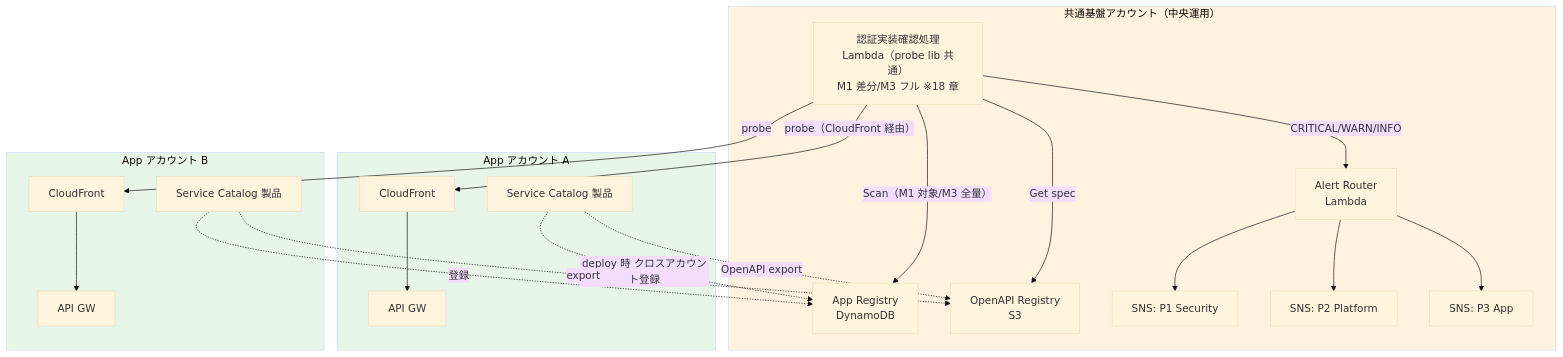
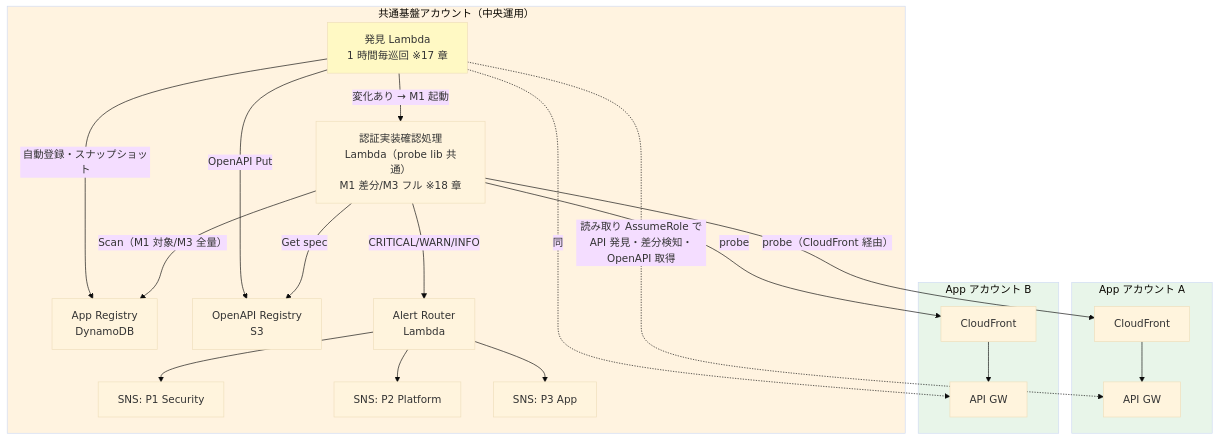
Before and after one commit to suepie/aws-atuh-poc: the first of 4 diagrams in doc/api-platform/basic-design/10-external-monitoring-overview.md, drawn with Mermaid (base theme). The commit also changed other lines of this file and 12 other files, not shown here.

````diff
--- a/doc/api-platform/basic-design/10-external-monitoring-overview.md
+++ b/doc/api-platform/basic-design/10-external-monitoring-overview.md
@@ -51,40 +51,41 @@
 ```mermaid
 flowchart TB
     subgraph NetAudit["共通基盤アカウント（中央運用）"]
+        DISC[発見 Lambda<br/>1 時間毎巡回 ※17 章]
         Reg[App Registry<br/>DynamoDB]
         OAR[OpenAPI Registry<br/>S3]
         CC[認証実装確認処理<br/>Lambda（probe lib 共通）<br/>M1 差分/M3 フル ※18 章]
         AR[Alert Router<br/>Lambda]
         SNS1[SNS: P1 Security]
         SNS2[SNS: P2 Platform]
         SNS3[SNS: P3 App]
     end
 
     subgraph AppA["App アカウント A"]
-        SCA[Service Catalog 製品]
         CFA[CloudFront]
         APIA[API GW]
     end
 
     subgraph AppB["App アカウント B"]
-        SCB[Service Catalog 製品]
         CFB[CloudFront]
         APIB[API GW]
     end
 
-    SCA -.deploy 時 クロスアカウント登録.-> Reg
-    SCA -.OpenAPI export.-> OAR
-    SCB -.登録.-> Reg
-    SCB -.export.-> OAR
+    DISC -.読み取り AssumeRole で<br/>API 発見・差分検知・OpenAPI 取得.-> APIA
+    DISC -.同.-> APIB
+    DISC -->|自動登録・スナップショット| Reg
+    DISC -->|OpenAPI Put| OAR
+    DISC -->|変化あり → M1 起動| CC
 
     CC -->|Scan（M1 対象/M3 全量）| Reg
     CC -->|Get spec| OAR
     CC -->|probe（CloudFront 経由）| CFA --> APIA
     CC -->|probe| CFB --> APIB
     CC -->|CRITICAL/WARN/INFO| AR
     AR --> SNS1 & SNS2 & SNS3
 
     style NetAudit fill:#fff3e0
     style AppA fill:#e8f5e9
     style AppB fill:#e8f5e9
+    style DISC fill:#fff9c4
 ```
````
